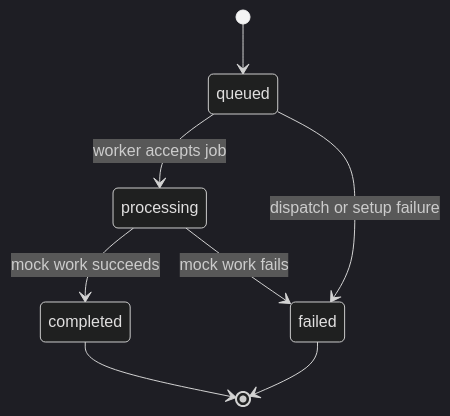
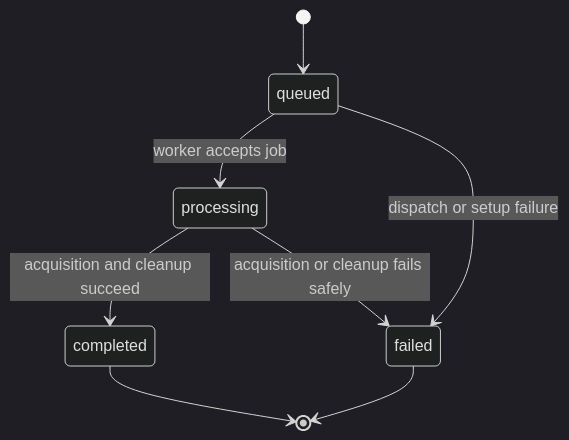
One commit to vedatbulucular/repolens changed the second of 3 diagrams in docs/architecture.md. Above: the diagram before and after it, drawn with Mermaid (dark theme). The commit also changed other lines of this file and 12 other files, not shown here.

````diff
--- a/docs/architecture.md
+++ b/docs/architecture.md
@@ -55,10 +57,10 @@
 ```mermaid
 stateDiagram-v2
     [*] --> queued
     queued --> processing: worker accepts job
     queued --> failed: dispatch or setup failure
-    processing --> completed: mock work succeeds
-    processing --> failed: mock work fails
+    processing --> completed: acquisition and cleanup succeed
+    processing --> failed: acquisition or cleanup fails safely
     completed --> [*]
     failed --> [*]
 ```
````
